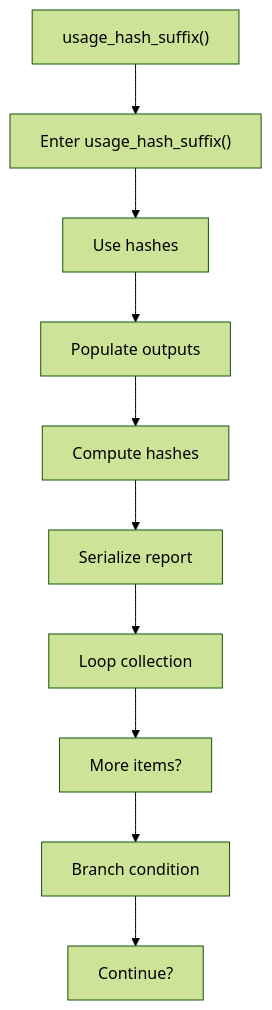
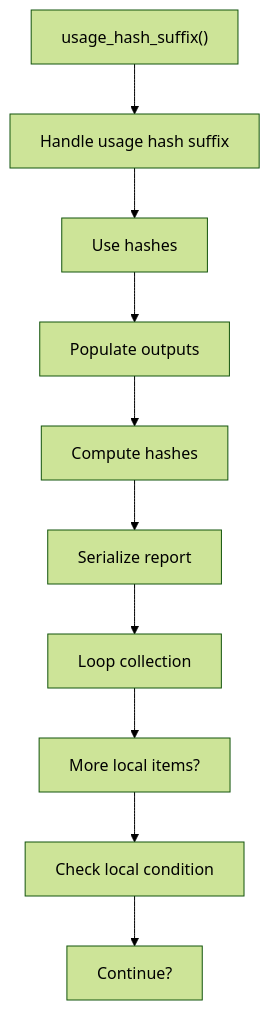
The first of 2 diagrams in docs/Codebase/Microservice/Modules/Source/HashingMechanism/ReverseMerkle/Flow/functions/usage_hash_suffix.cpp.md (JohnAndrewBalbarosa/NeoTerritory), drawn with Mermaid (forest theme) before and after one commit. The commit also changed other lines of this file and 915 other files, not shown here.

````diff
--- a/docs/Codebase/Microservice/Modules/Source/HashingMechanism/ReverseMerkle/Flow/functions/usage_hash_suffix.cpp.md
+++ b/docs/Codebase/Microservice/Modules/Source/HashingMechanism/ReverseMerkle/Flow/functions/usage_hash_suffix.cpp.md
@@ -28,22 +28,22 @@
 ```mermaid
 flowchart TD
     N0["usage_hash_suffix()"]
-    N1["Enter usage_hash_suffix()"]
+    N1["Handle usage hash suffix"]
     N2["Use hashes"]
     N3["Populate outputs"]
     N4["Compute hashes"]
     N5["Serialize report"]
     N6["Loop collection"]
-    N7["More items?"]
-    N8["Branch condition"]
+    N7["More local items?"]
+    N8["Check local condition"]
     N9["Continue?"]
     N0 --> N1
     N1 --> N2
     N2 --> N3
     N3 --> N4
     N4 --> N5
     N5 --> N6
     N6 --> N7
     N7 --> N8
     N8 --> N9
 ```
````
